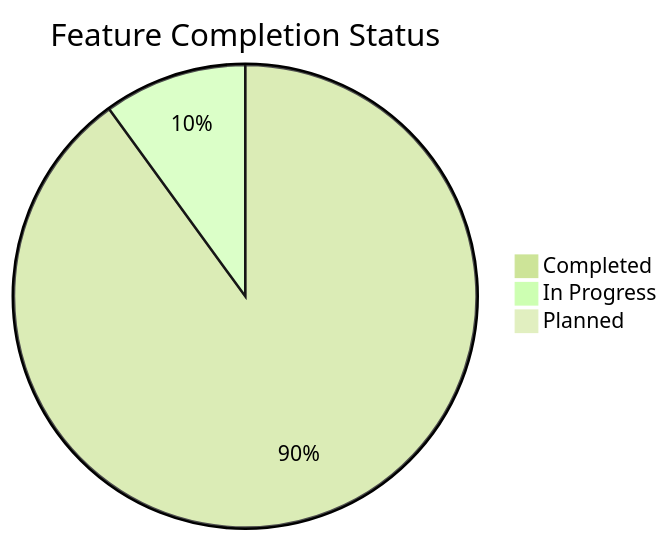
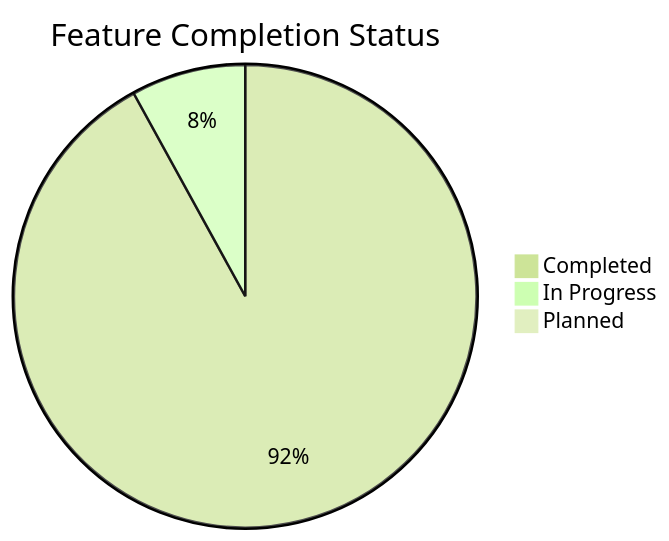
Before and after one commit to mrj0nesmtl/cloud-burst: the second of 2 diagrams in docs/planning/roadmap.md, drawn with Mermaid (forest theme). The commit also changed other lines of this file and 2 other files, not shown here.

````diff
--- a/docs/planning/roadmap.md
+++ b/docs/planning/roadmap.md
@@ -323,6 +341,6 @@
 ```mermaid
 pie title Feature Completion Status
-    "Completed" : 90
-    "In Progress" : 10
+    "Completed" : 92
+    "In Progress" : 8
     "Planned" : 0
 ```
````
